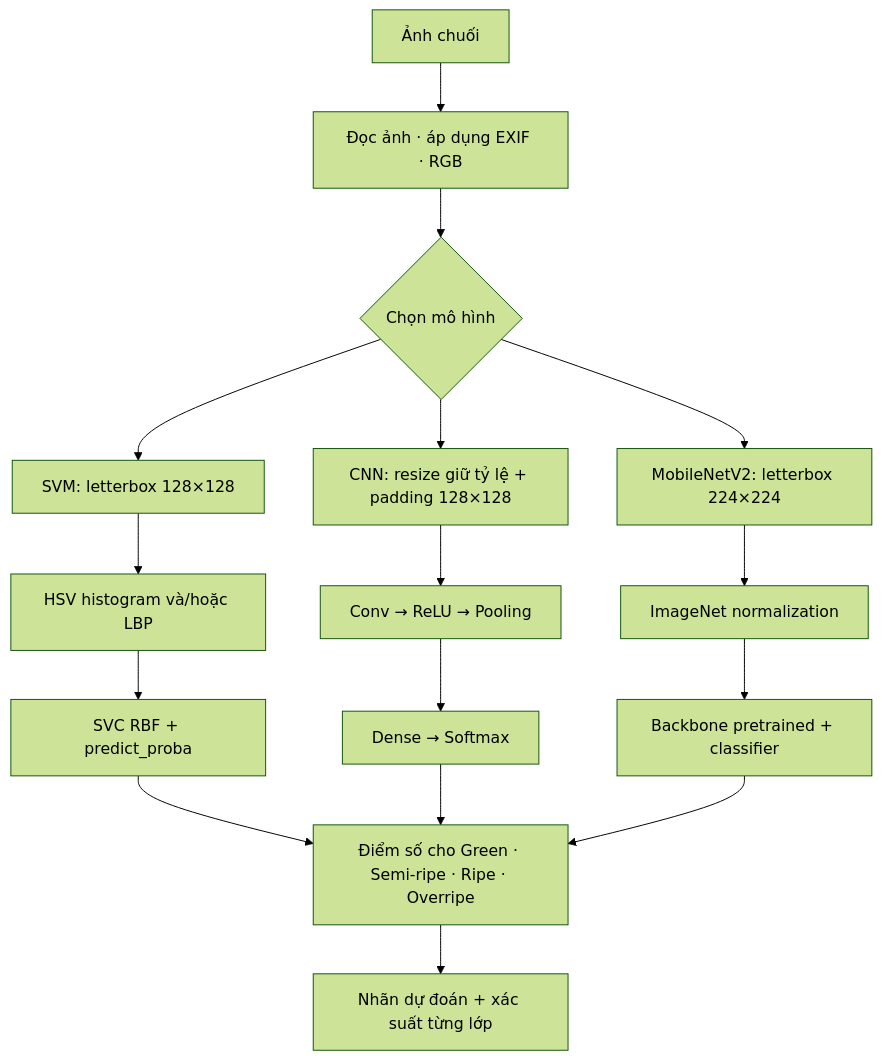
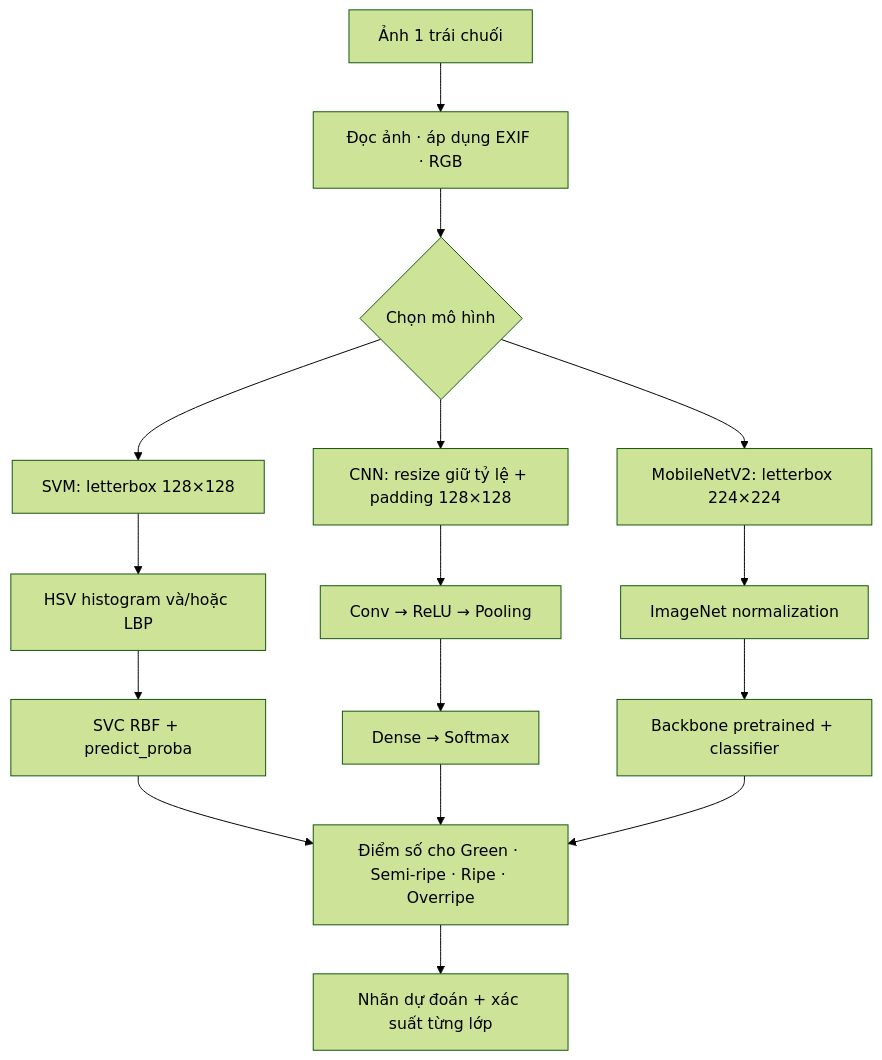
One commit to Thinhng04/Banana-Ripeness-Classification changed the diagram in README.md. Above: the diagram before and after it, drawn with Mermaid (forest theme). The commit also changed other lines of this file, not shown here.

Commit message:
Update README for banana ripeness classification

````diff
--- a/README.md
+++ b/README.md
@@ -29,18 +29,18 @@
 ```mermaid
 flowchart TD
-    A[Ảnh chuối] --> B[Đọc ảnh · áp dụng EXIF · RGB]
+    A[Ảnh 1 trái chuối] --> B[Đọc ảnh · áp dụng EXIF · RGB]
     B --> C{Chọn mô hình}
     C --> S1[SVM: letterbox 128×128]
     S1 --> S2[HSV histogram và/hoặc LBP]
     S2 --> S3[SVC RBF + predict_proba]
     C --> N1[CNN: resize giữ tỷ lệ + padding 128×128]
     N1 --> N2[Conv → ReLU → Pooling]
     N2 --> N3[Dense → Softmax]
     C --> M1[MobileNetV2: letterbox 224×224]
     M1 --> M2[ImageNet normalization]
     M2 --> M3[Backbone pretrained + classifier]
     S3 --> R[Điểm số cho Green · Semi-ripe · Ripe · Overripe]
     N3 --> R
     M3 --> R
     R --> O[Nhãn dự đoán + xác suất từng lớp]
 ```
````
